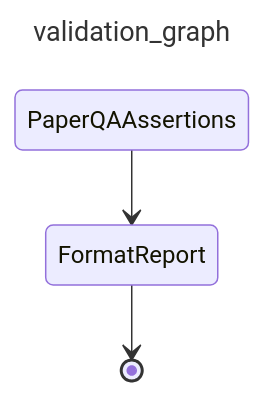
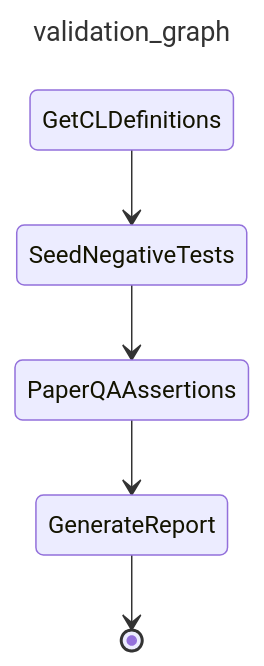
The diagram in cellsem_agent/graphs/cl_validation/cl_validation_graph.mmd (Cellular-Semantics/cellsem-agent), drawn with Mermaid before and after one commit. The commit also changed 1 other file, not shown here.

```diff
--- a/cellsem_agent/graphs/cl_validation/cl_validation_graph.mmd
+++ b/cellsem_agent/graphs/cl_validation/cl_validation_graph.mmd
@@ -1,6 +1,8 @@
 ---
 title: validation_graph
 ---
 stateDiagram-v2
-  PaperQAAssertions --> FormatReport
-  FormatReport --> [*]
+  GetCLDefinitions --> SeedNegativeTests
+  SeedNegativeTests --> PaperQAAssertions
+  PaperQAAssertions --> GenerateReport
+  GenerateReport --> [*]
```
